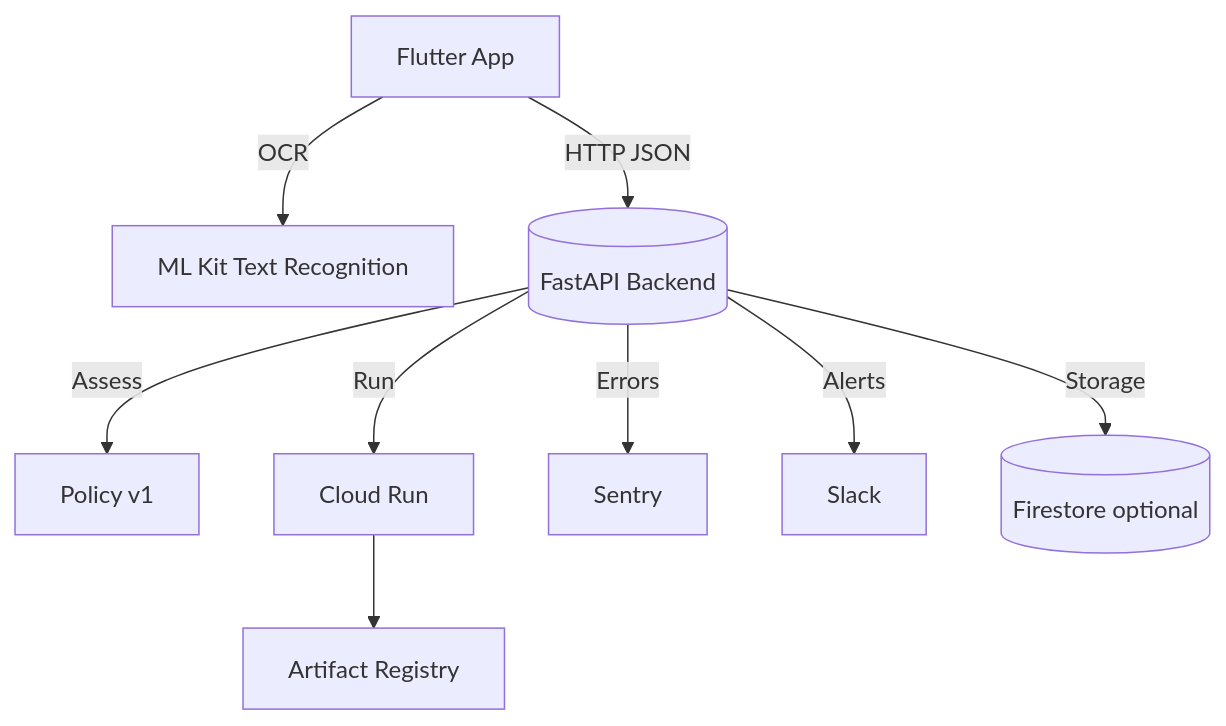
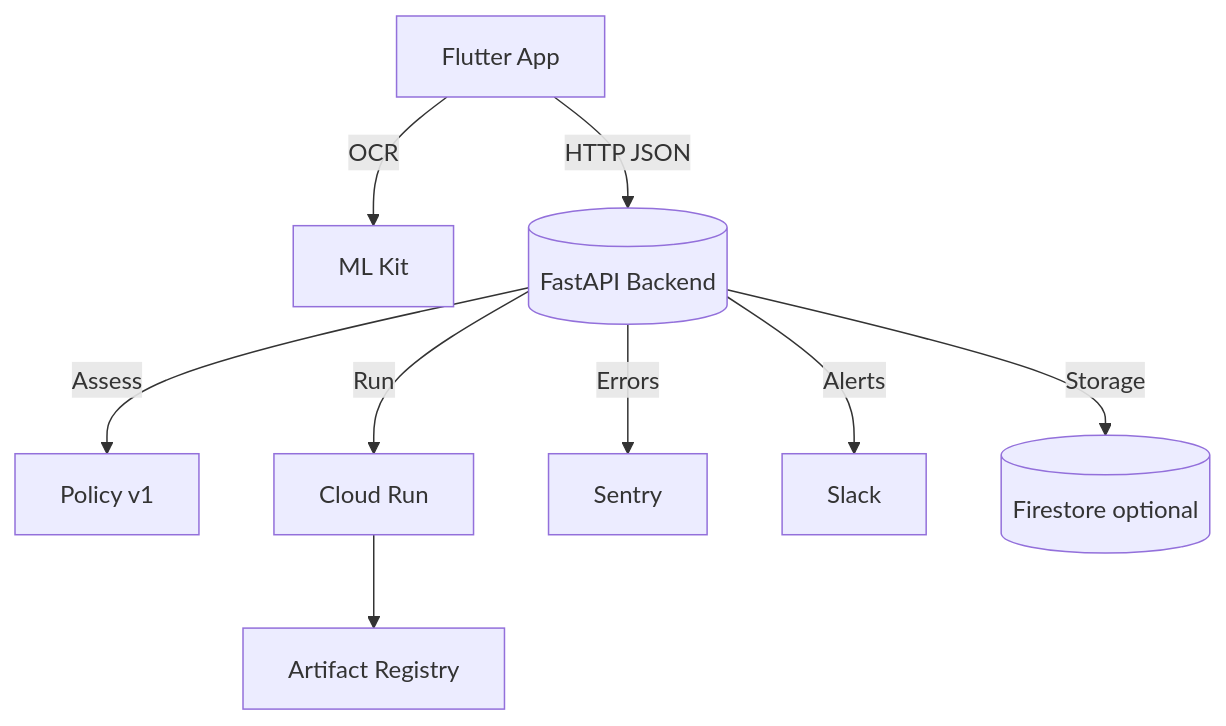
Before and after one commit to IthaiS/unique: the diagram in docs/ARCHITECTURE.md, drawn with Mermaid. The commit also changed other lines of this file and 206 other files, not shown here.

````diff
--- a/docs/ARCHITECTURE.md
+++ b/docs/ARCHITECTURE.md
@@ -3,11 +2,11 @@
 ```mermaid
 flowchart TD
-  A[Flutter App] -->|OCR| B[ML Kit Text Recognition]
+  A[Flutter App] -->|OCR| B[ML Kit]
   A -->|HTTP JSON| C[(FastAPI Backend)]
   C -->|Assess| D[Policy v1]
   C -->|Run| E[Cloud Run]
   E --> F[Artifact Registry]
   C -->|Errors| G[Sentry]
   C -->|Alerts| H[Slack]
   C -->|Storage| I[(Firestore optional)]
 ```
````
